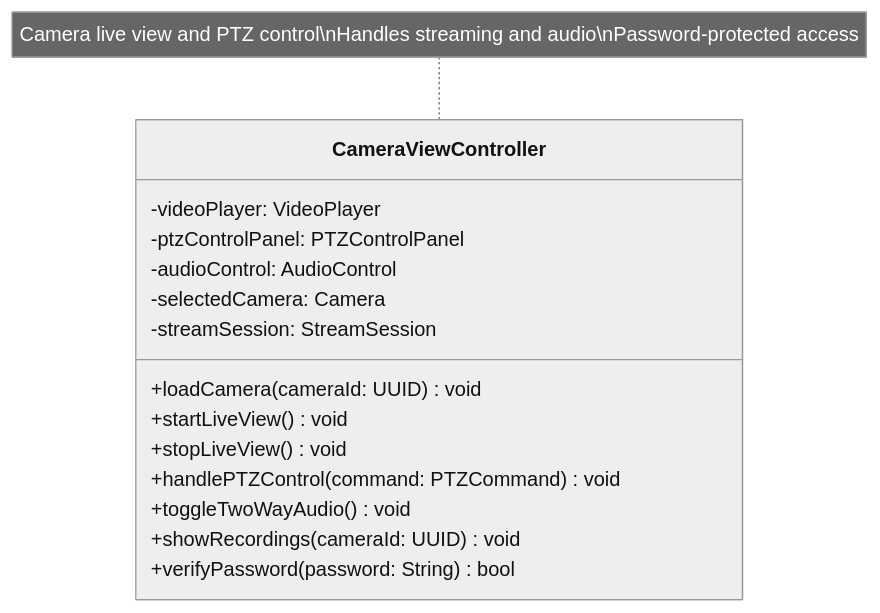
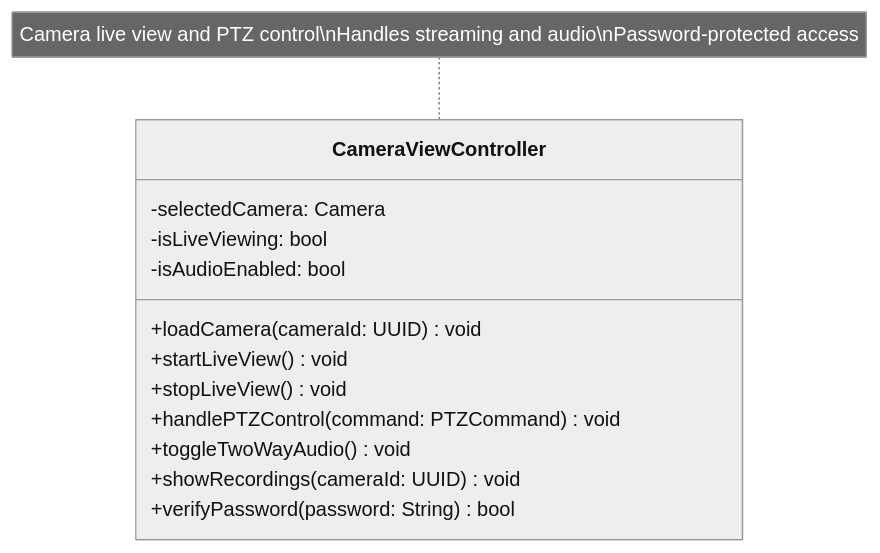
One commit to mj010101/swe_25f changed the third of 10 diagrams in diagrams/presentation_class_diagram.md. Above: the diagram before and after it, drawn with Mermaid (neutral theme). The commit also changed other lines of this file and 4 other files, not shown here.

````diff
--- a/diagrams/presentation_class_diagram.md
+++ b/diagrams/presentation_class_diagram.md
@@ -80,21 +78,19 @@
 ```mermaid
 classDiagram
     direction TB
 
     class CameraViewController {
-        -videoPlayer: VideoPlayer
-        -ptzControlPanel: PTZControlPanel
-        -audioControl: AudioControl
         -selectedCamera: Camera
-        -streamSession: StreamSession
+        -isLiveViewing: bool
+        -isAudioEnabled: bool
         +loadCamera(cameraId: UUID) void
         +startLiveView() void
         +stopLiveView() void
         +handlePTZControl(command: PTZCommand) void
         +toggleTwoWayAudio() void
         +showRecordings(cameraId: UUID) void
         +verifyPassword(password: String) bool
     }
 
     note for CameraViewController "Camera live view and PTZ control\nHandles streaming and audio\nPassword-protected access"
 ```
````
